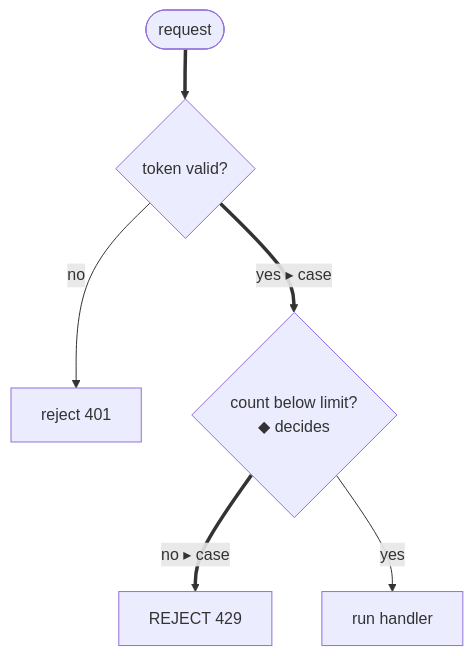
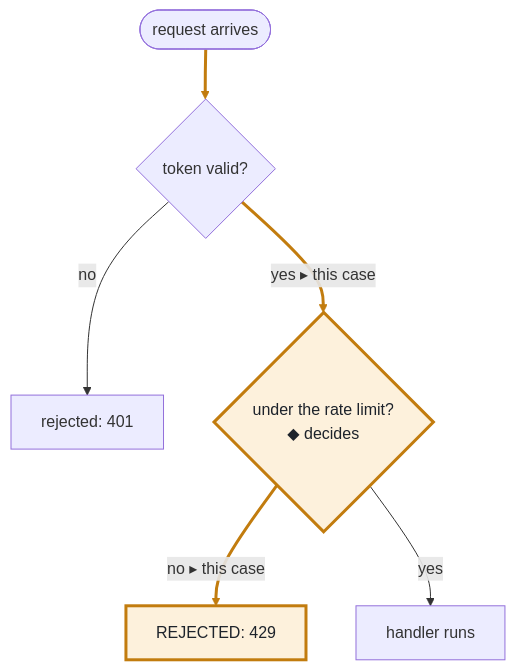
One commit to mknw/muster-skills changed the first of 3 diagrams in graph-it/FORMS.md. Above: the diagram before and after it, drawn with Mermaid. The commit also changed other lines of this file and 3 other files, not shown here.

First line of the commit message:
graph-it, spell-it-out: control flow is a Mermaid diagram; plain words

````diff
--- a/graph-it/FORMS.md
+++ b/graph-it/FORMS.md
@@ -11,8 +11,11 @@
 ```mermaid
 flowchart TD
-  A([request]) ==> B{token valid?}
-  B -- no --> X[reject 401]
-  B == "yes ▸ case" ==> C{"count below limit?<br>◆ decides"}
-  C == "no ▸ case" ==> Y[REJECT 429]
-  C -- yes --> D[run handler]
+  A(["request arrives"]) ==> B{"token valid?"}
+  B -- no --> X["rejected: 401"]
+  B == "yes ▸ this case" ==> C{"under the rate limit?<br>◆ decides"}
+  C == "no ▸ this case" ==> Y["REJECTED: 429"]
+  C -- yes --> D["handler runs"]
+  classDef hit fill:#fdf1dc,stroke:#c27c0e,stroke-width:3px,color:#1d232b
+  class C,Y hit
+  linkStyle 0,2,3 stroke:#c27c0e,stroke-width:3px
 ```
````
